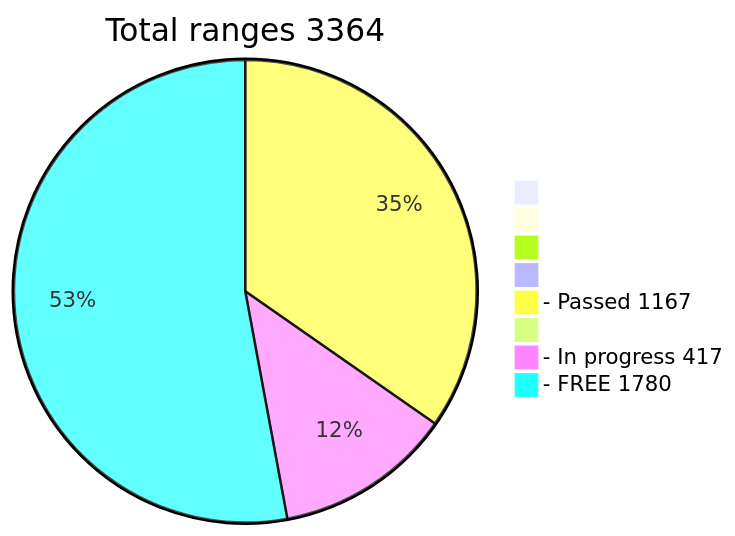
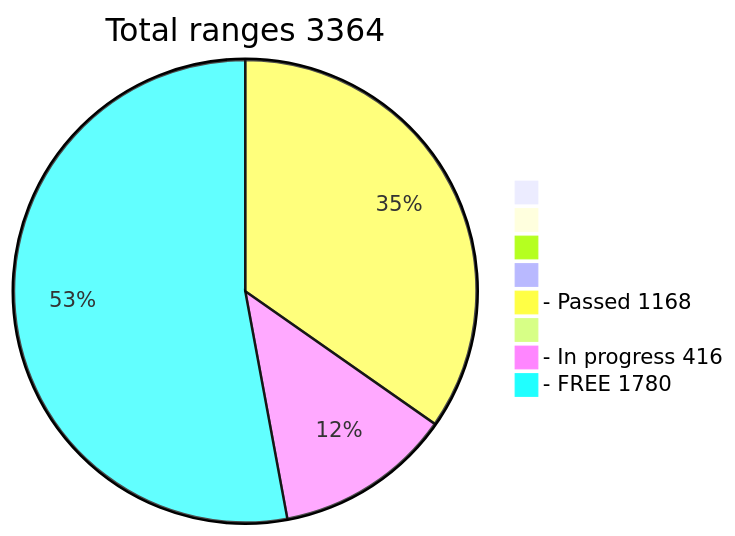
Before and after one commit to phrutis/wif500: the diagram in README.md, drawn with Mermaid.

````diff
--- a/README.md
+++ b/README.md
@@ -16,12 +16,12 @@
 ```mermaid
 pie title Total ranges 3364
              " " : 0
             "  " : 0
            "   " : 0
           "    " : 0
-  "- Passed 1167" : 1167
+  "- Passed 1168" : 1168
          "     " : 0
-  "- In progress 417" : 417
+  "- In progress 416" : 416
    "- FREE 1780" : 1780
    
 ```
````
